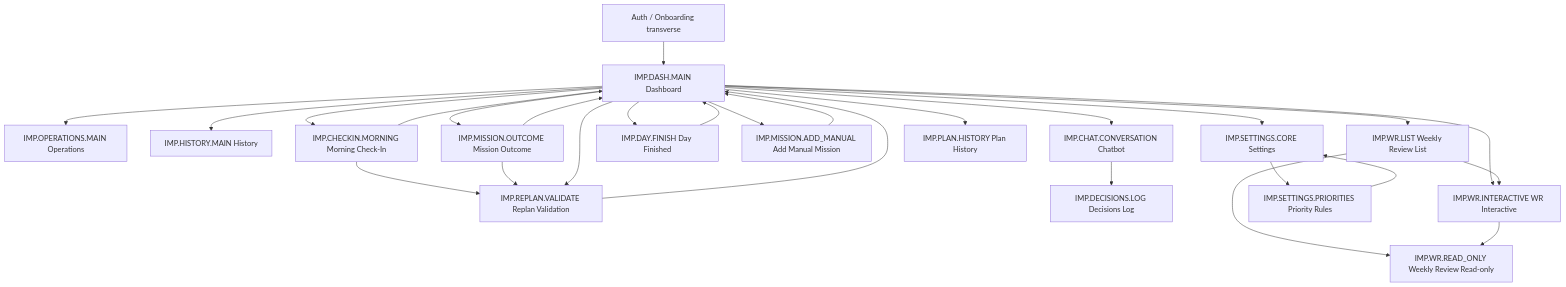
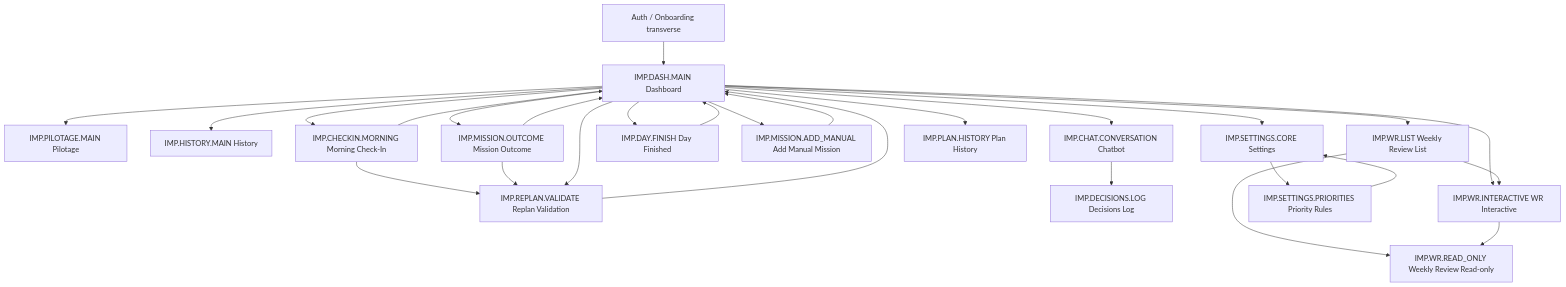
One commit to Abdel93240/imperium-backend changed the first of 5 diagrams in docs_master/59_DESIGN_SYSTEM_V1_DRAFT.md. Above: the diagram before and after it, drawn with Mermaid. The commit also changed other lines of this file and 7 other files, not shown here.

First line of the commit message:
docs: onglet Operations renommé Pilotage (IMP.PILOTAGE.MAIN) + règle du 3e projet

````diff
--- a/docs_master/59_DESIGN_SYSTEM_V1_DRAFT.md
+++ b/docs_master/59_DESIGN_SYSTEM_V1_DRAFT.md
@@ -923,29 +923,29 @@
 ```mermaid
 flowchart TD
   AUTH[Auth / Onboarding transverse] --> DASH[IMP.DASH.MAIN Dashboard]
-  DASH --> OPS[IMP.OPERATIONS.MAIN Operations]
+  DASH --> OPS[IMP.PILOTAGE.MAIN Pilotage]
   DASH --> HIST[IMP.HISTORY.MAIN History]
   DASH --> SETTINGS[IMP.SETTINGS.CORE Settings]
   DASH --> CHECKIN[IMP.CHECKIN.MORNING Morning Check-In]
   CHECKIN --> REPLAN[IMP.REPLAN.VALIDATE Replan Validation]
   CHECKIN --> DASH
   DASH --> OUTCOME[IMP.MISSION.OUTCOME Mission Outcome]
   OUTCOME --> REPLAN
   OUTCOME --> DASH
   DASH --> FINISH[IMP.DAY.FINISH Day Finished]
   FINISH --> DASH
   DASH --> REPLAN
   REPLAN --> DASH
   DASH --> ADDMISSION[IMP.MISSION.ADD_MANUAL Add Manual Mission]
   ADDMISSION --> DASH
   DASH --> CHAT[IMP.CHAT.CONVERSATION Chatbot]
   CHAT --> DECISIONS[IMP.DECISIONS.LOG Decisions Log]
   DASH --> PLANHISTORY[IMP.PLAN.HISTORY Plan History]
   DASH --> WRLIST[IMP.WR.LIST Weekly Review List]
   WRLIST --> WRREAD[IMP.WR.READ_ONLY Weekly Review Read-only]
   DASH --> WRINTERACTIVE[IMP.WR.INTERACTIVE WR Interactive]
   WRLIST --> WRINTERACTIVE
   WRINTERACTIVE --> WRREAD
   SETTINGS --> PRIORITIES[IMP.SETTINGS.PRIORITIES Priority Rules]
   PRIORITIES --> SETTINGS
 ```
````
